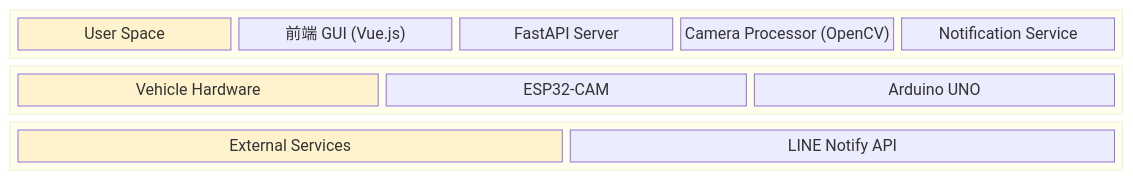
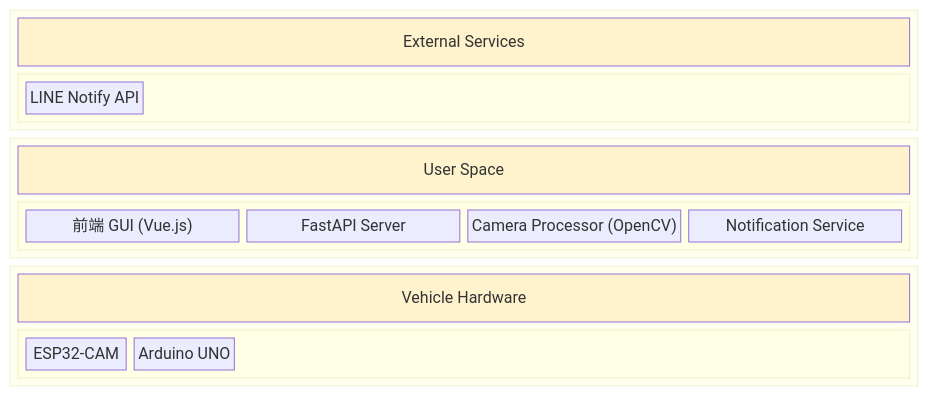
One commit to hamanpaul/mini-auto changed the diagram in README.md. Above: the diagram before and after it, drawn with Mermaid.

````diff
--- a/README.md
+++ b/README.md
@@ -11,23 +11,34 @@
 ```mermaid
 block-beta
   columns 1
 
-  block user["User Space"]
-    gui["前端 GUI (Vue.js)"]
-    api["FastAPI Server"]
-    cam["Camera Processor (OpenCV)"]
-    notify["Notification Service"]
-  end
-  block vehicle["Vehicle Hardware"]
-    esp["ESP32-CAM"]
-    uno["Arduino UNO"]
+
+  block external["External Services"]
+  columns 1
+   block line["LINE Notify API"]
+    end
   end
 
-  block external["External Services"]
-    line["LINE Notify API"]
+  block user["User Space"]
+    columns 1
+    block gui["前端 GUI (Vue.js)"]
+        columns 4
+        api["FastAPI Server"]
+        cam["Camera Processor (OpenCV)"]
+        notify["Notification Service"]
+    end
   end
+
+  block vehicle["Vehicle Hardware"]
+    columns 1
+    block esp["ESP32-CAM"]
+      columns 2
+      uno["Arduino UNO"]
+    end
+  end
+
 
   style user fill:#fff3cd
   style vehicle fill:#fff3cd
   style external fill:#fff3cd
 ```
````
